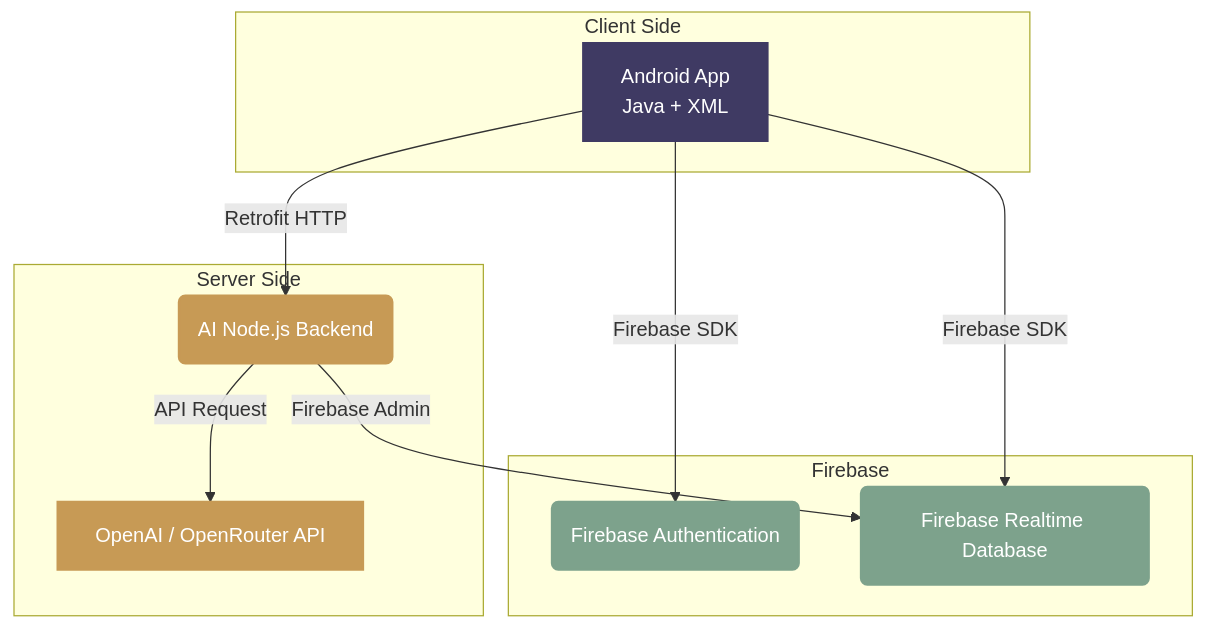
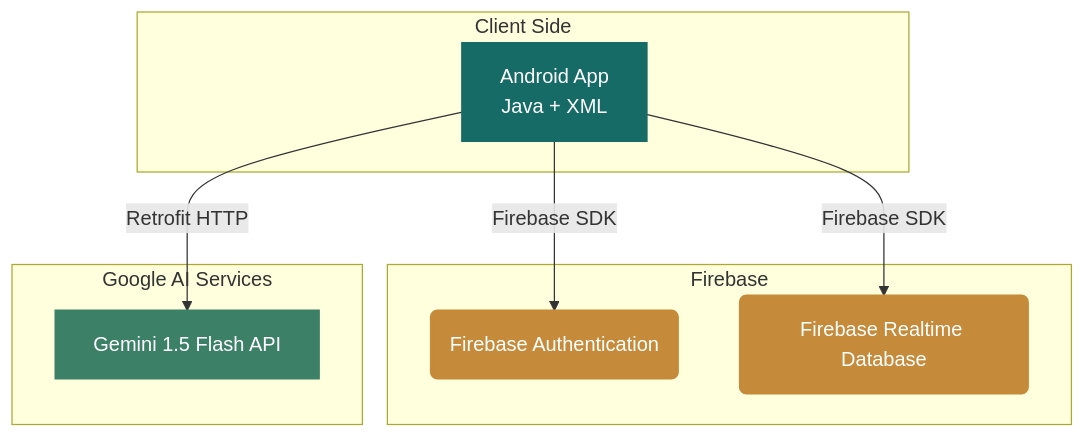
The diagram in README.md (krupasawarkar630/SmartLibrary), drawn with Mermaid before and after one commit. The commit also changed other lines of this file and 1 other file, not shown here.

````diff
--- a/README.md
+++ b/README.md
@@ -49,30 +49,27 @@
 ```mermaid
 graph TD
     subgraph Client ["Client Side"]
         A[Android App <br> Java + XML]
     end
     
-    subgraph Backend ["Server Side"]
-        B(AI Node.js Backend)
-        E[OpenAI / OpenRouter API]
-    end
-    
     subgraph Database ["Firebase"]
         C(Firebase Authentication)
         D(Firebase Realtime Database)
     end
+    
+    subgraph AI ["Google AI Services"]
+        E[Gemini 1.5 Flash API]
+    end
 
-    A -->|Retrofit HTTP| B
     A -->|Firebase SDK| C
     A -->|Firebase SDK| D
-    B -->|API Request| E
-    B -->|Firebase Admin| D
+    A -->|Retrofit HTTP| E
     
-    classDef client fill:#3F3A63,stroke:#3F3A63,stroke-width:2px,color:#fff;
-    classDef server fill:#C79A55,stroke:#C79A55,stroke-width:2px,color:#fff;
-    classDef db fill:#7DA28C,stroke:#7DA28C,stroke-width:2px,color:#fff;
+    classDef client fill:#176B67,stroke:#176B67,stroke-width:2px,color:#fff;
+    classDef ai fill:#3D8068,stroke:#3D8068,stroke-width:2px,color:#fff;
+    classDef db fill:#C58A3A,stroke:#C58A3A,stroke-width:2px,color:#fff;
     
     class A client;
-    class B,E server;
+    class E ai;
     class C,D db;
 ```
````
